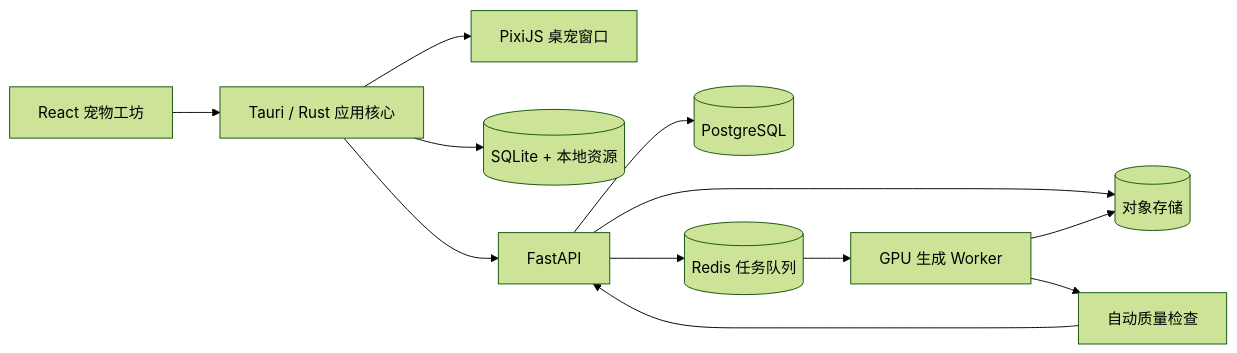
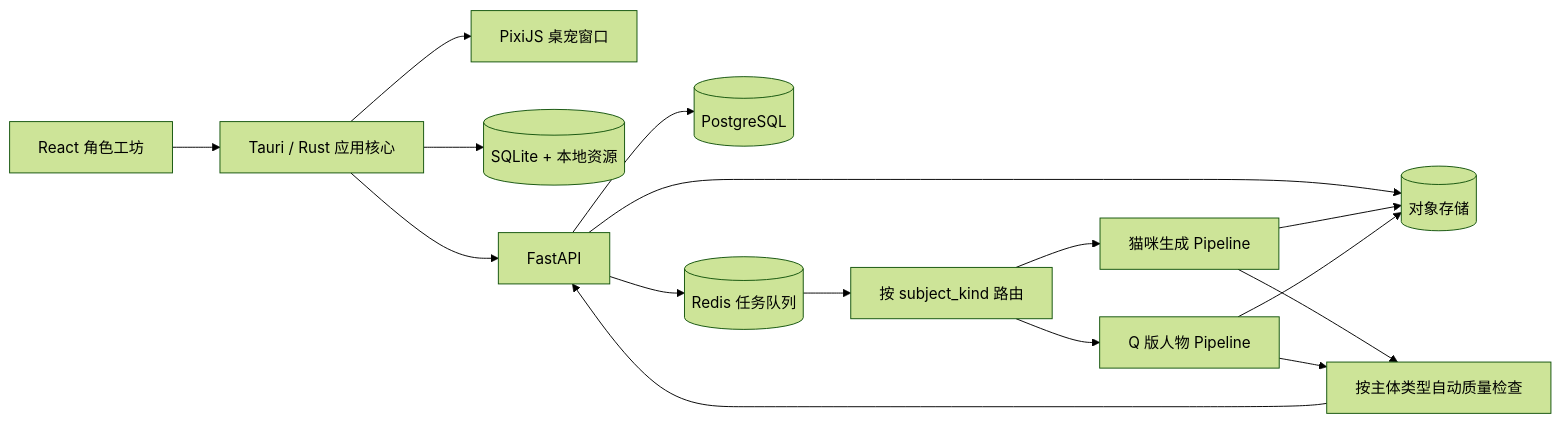
One commit to Alger3/Epet changed the diagram in PLAN.md. Above: the diagram before and after it, drawn with Mermaid (forest theme). The commit also changed other lines of this file and 11 other files, not shown here.

````diff
--- a/PLAN.md
+++ b/PLAN.md
@@ -203,14 +214,18 @@
 ```mermaid
 flowchart LR
-    UI[React 宠物工坊] --> Core[Tauri / Rust 应用核心]
+    UI[React 角色工坊] --> Core[Tauri / Rust 应用核心]
     Core --> Overlay[PixiJS 桌宠窗口]
     Core --> Local[(SQLite + 本地资源)]
     Core --> API[FastAPI]
     API --> PG[(PostgreSQL)]
     API --> Queue[(Redis 任务队列)]
     API --> Storage[(对象存储)]
-    Queue --> Worker[GPU 生成 Worker]
-    Worker --> Storage
-    Worker --> QA[自动质量检查]
+    Queue --> Router[按 subject_kind 路由]
+    Router --> PetWorker[猫咪生成 Pipeline]
+    Router --> HumanWorker[Q 版人物 Pipeline]
+    PetWorker --> Storage
+    HumanWorker --> Storage
+    PetWorker --> QA[按主体类型自动质量检查]
+    HumanWorker --> QA
     QA --> API
 ```
````
